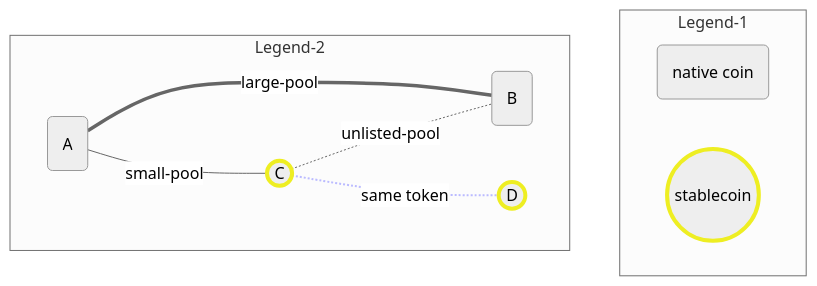
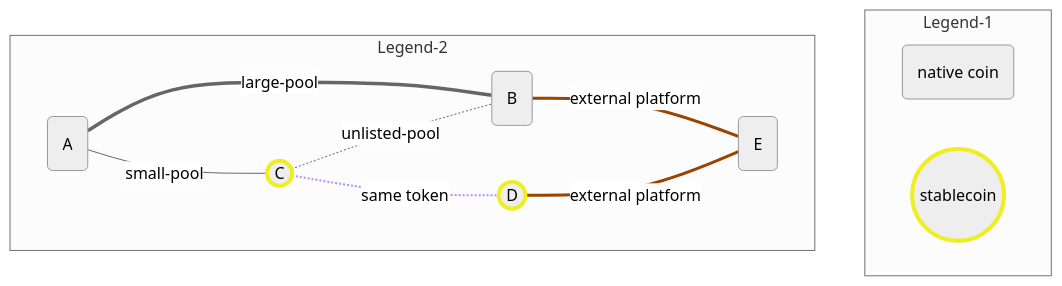
Before and after one commit to WaggMe/documentation-examples: the first of 2 diagrams in helix-finance/liquidity-pools.md, drawn with Mermaid (neutral theme). The commit also changed other lines of this file, not shown here.

````diff
--- a/helix-finance/liquidity-pools.md
+++ b/helix-finance/liquidity-pools.md
@@ -8,24 +8,28 @@
 ```mermaid
 
 
 flowchart
     classDef stable fill:#ggg,stroke:#EE2,stroke-width:4px;
 
     subgraph Legend-1
         token(native coin)
         stable((stablecoin)):::stable
         end
     
     subgraph Legend-2
         A(A)
         B(B)
         C((C)):::stable
         D((D)):::stable
+        E(E)
         A === |large-pool| B
         A --- |small-pool| C
         C -.- |unlisted-pool| B
         C -.- |same token| D
+        B --- |external platform| E
+        D --- |external platform| E
 
-        linkStyle 3 stroke:#BBF,stroke-width:2px;
+        linkStyle 3 stroke:#B8F,stroke-width:2px;
+        linkStyle 4,5 stroke:#940,stroke-width:3px;
     end
 ```
````
